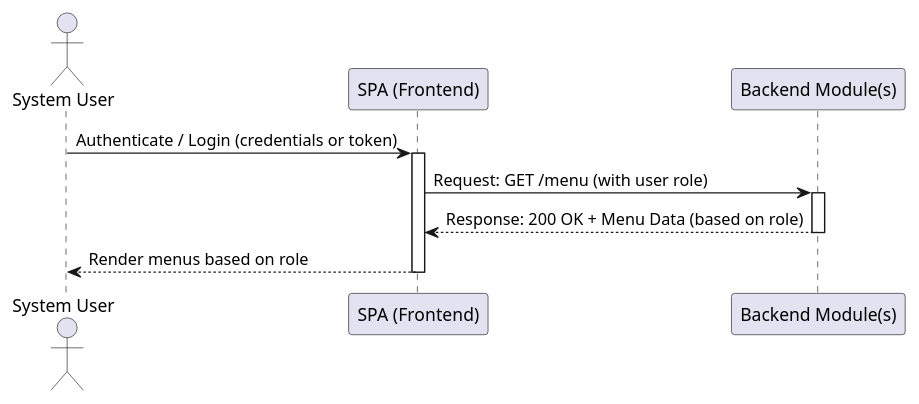
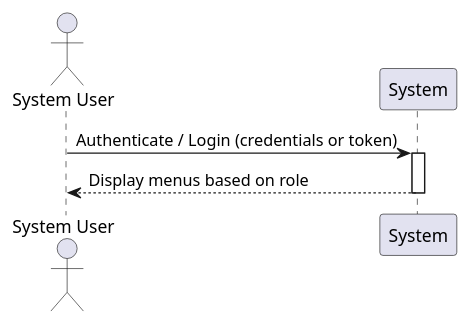
Before and after one commit to Departamento-de-Engenharia-Informatica/LEI-SEM5-PI-2025-26-3DK-04: the diagram in docs/sprint2/level1/process_view/US3.1.3/SD_US3.1.3.puml, drawn with PlantUML. The commit also changed 33 other files, not shown here.

```diff
--- a/docs/sprint2/level1/process_view/US3.1.3/SD_US3.1.3.puml
+++ b/docs/sprint2/level1/process_view/US3.1.3/SD_US3.1.3.puml
@@ -1,14 +1,9 @@
 @startuml UserMenus
 actor "System User" as User
-participant "SPA (Frontend)" as Frontend
-participant "Backend Module(s)" as Backend
+participant "System" as System
 
-User -> Frontend: Authenticate / Login (credentials or token)
-activate Frontend
-Frontend -> Backend: Request: GET /menu (with user role)
-activate Backend
-Backend --> Frontend: Response: 200 OK + Menu Data (based on role)
-deactivate Backend
-Frontend --> User: Render menus based on role
-deactivate Frontend
+User -> System: Authenticate / Login (credentials or token)
+activate System
+System --> User: Display menus based on role
+deactivate System
 @enduml
```
